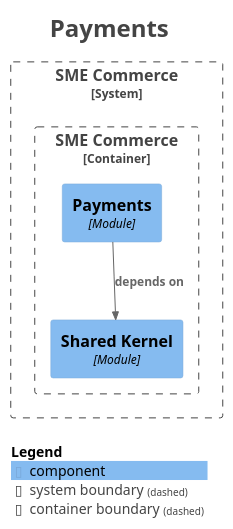
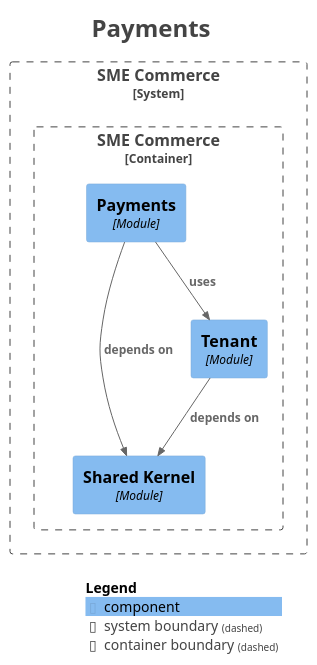
The diagram in docs/modules/module-payments.puml (hezronokwach/sme-commerce-platform), drawn with PlantUML before and after one commit. The commit also changed 39 other files, not shown here.

```diff
--- a/docs/modules/module-payments.puml
+++ b/docs/modules/module-payments.puml
@@ -1,30 +1,33 @@
 @startuml
 title <size:24>Payments</size>
 
 set separator none
 top to bottom direction
 
 <style>
   root {
     BackgroundColor: #ffffff
     FontColor: #444444
   }
 </style>
 
 !include <C4/C4>
 !include <C4/C4_Context>
 !include <C4/C4_Component>
 
 System_Boundary("SMECommerce_boundary", "SME Commerce", $tags="") {
   Container_Boundary("SMECommerce.SMECommerce_boundary", "SME Commerce", $tags="") {
     Component(SMECommerce.SMECommerce.SharedKernel, "Shared Kernel", $techn="Module", $descr="", $tags="", $link="")
+    Component(SMECommerce.SMECommerce.Tenant, "Tenant", $techn="Module", $descr="", $tags="", $link="")
     Component(SMECommerce.SMECommerce.Payments, "Payments", $techn="Module", $descr="", $tags="", $link="")
   }
 
 }
 
 Rel(SMECommerce.SMECommerce.Payments, SMECommerce.SMECommerce.SharedKernel, "depends on", $techn="", $tags="", $link="")
+Rel(SMECommerce.SMECommerce.Payments, SMECommerce.SMECommerce.Tenant, "uses", $techn="", $tags="", $link="")
+Rel(SMECommerce.SMECommerce.Tenant, SMECommerce.SMECommerce.SharedKernel, "depends on", $techn="", $tags="", $link="")
 
 SHOW_LEGEND(true)
 hide stereotypes
 @enduml
```
